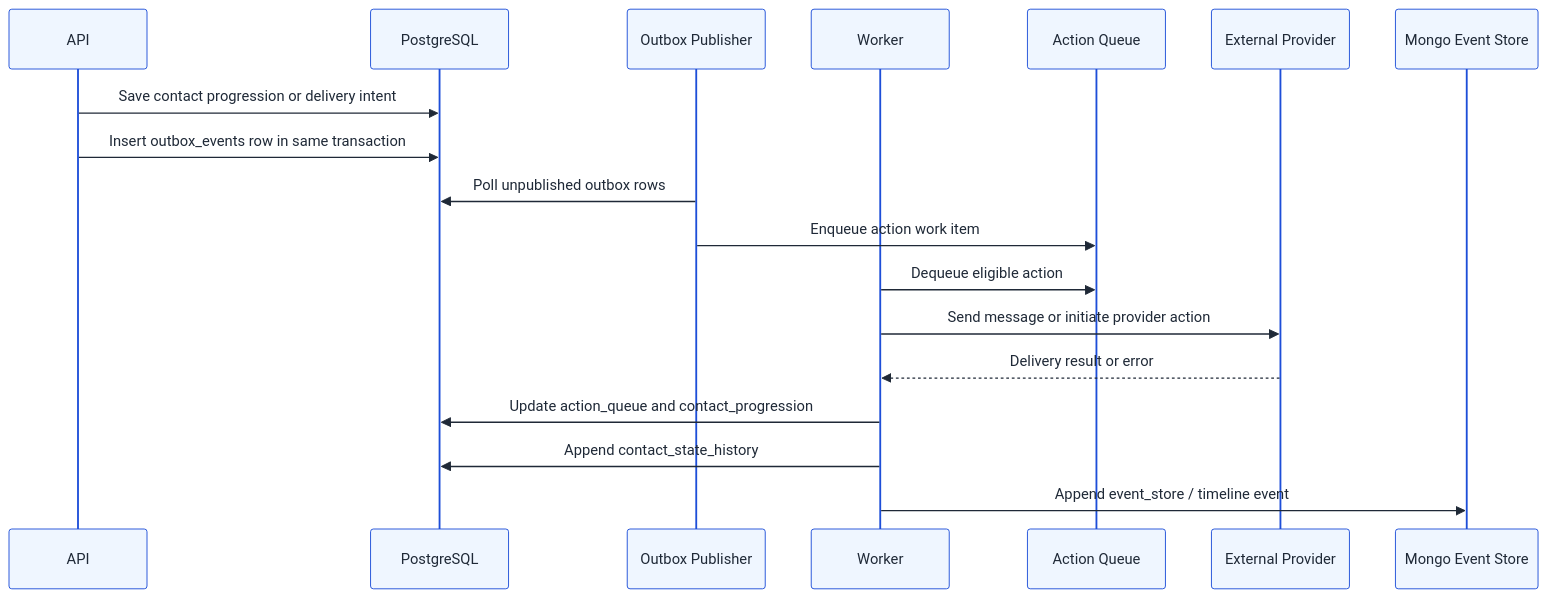
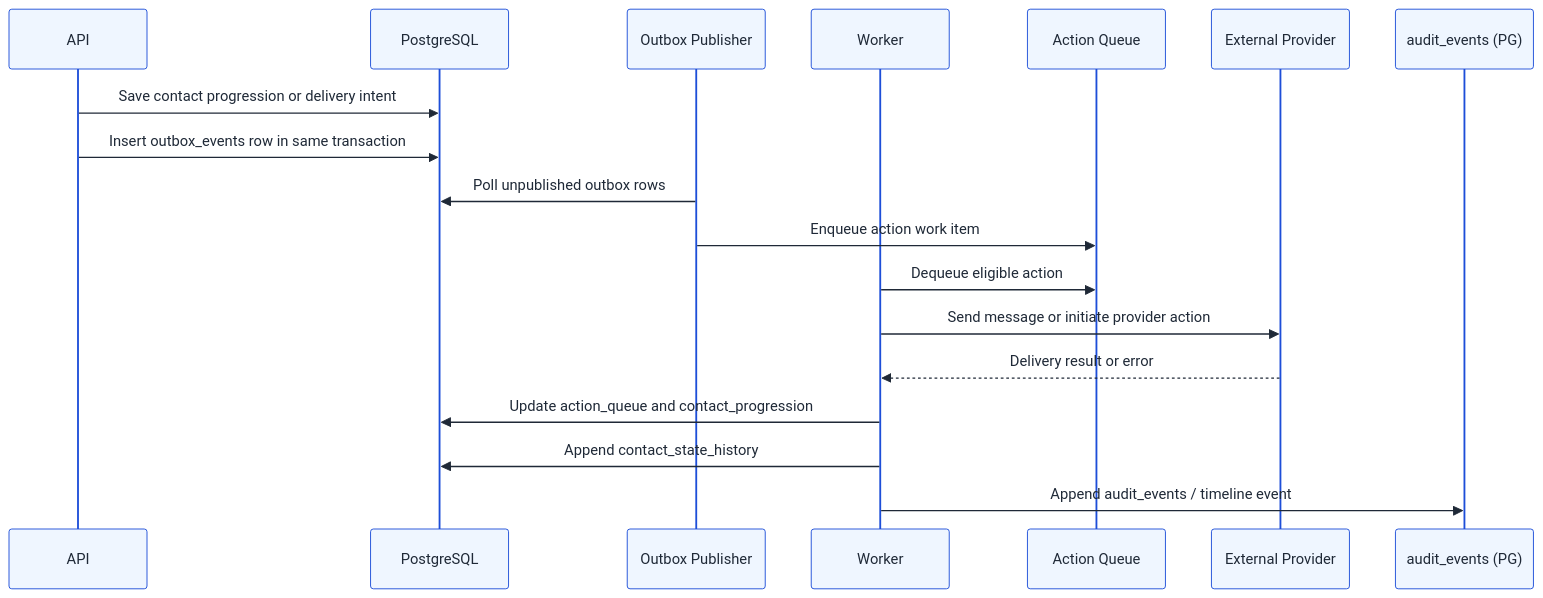
Before and after one commit to karthikrchandran/SignalLoop: the eighth of 9 diagrams in docs/architecture/process-flows.md, drawn with Mermaid. The commit also changed other lines of this file and 110 other files, not shown here.

````diff
--- a/docs/architecture/process-flows.md
+++ b/docs/architecture/process-flows.md
@@ -187,22 +187,22 @@
 ```mermaid
 %%{init: {"theme": "base", "themeVariables": {"primaryColor": "#EFF6FF", "primaryTextColor": "#1F2937", "primaryBorderColor": "#1D4ED8", "lineColor": "#334155", "secondaryColor": "#F3F4F6", "secondaryTextColor": "#1F2937", "tertiaryColor": "#DBEAFE", "tertiaryTextColor": "#1E3A8A", "background": "#F9FAFB", "clusterBkg": "#FFFFFF", "clusterBorder": "#BFDBFE", "fontFamily": "Inter, Segoe UI, sans-serif"}}}%%
 sequenceDiagram
     participant API
     participant PG as PostgreSQL
     participant Outbox as Outbox Publisher
     participant Worker
     participant Queue as Action Queue
     participant Provider as External Provider
-    participant Mongo as Mongo Event Store
+    participant Audit as audit_events (PG)
 
     API->>PG: Save contact progression or delivery intent
     API->>PG: Insert outbox_events row in same transaction
     Outbox->>PG: Poll unpublished outbox rows
     Outbox->>Queue: Enqueue action work item
     Worker->>Queue: Dequeue eligible action
     Worker->>Provider: Send message or initiate provider action
     Provider-->>Worker: Delivery result or error
     Worker->>PG: Update action_queue and contact_progression
     Worker->>PG: Append contact_state_history
-    Worker->>Mongo: Append event_store / timeline event
+    Worker->>Audit: Append audit_events / timeline event
 ```
````
